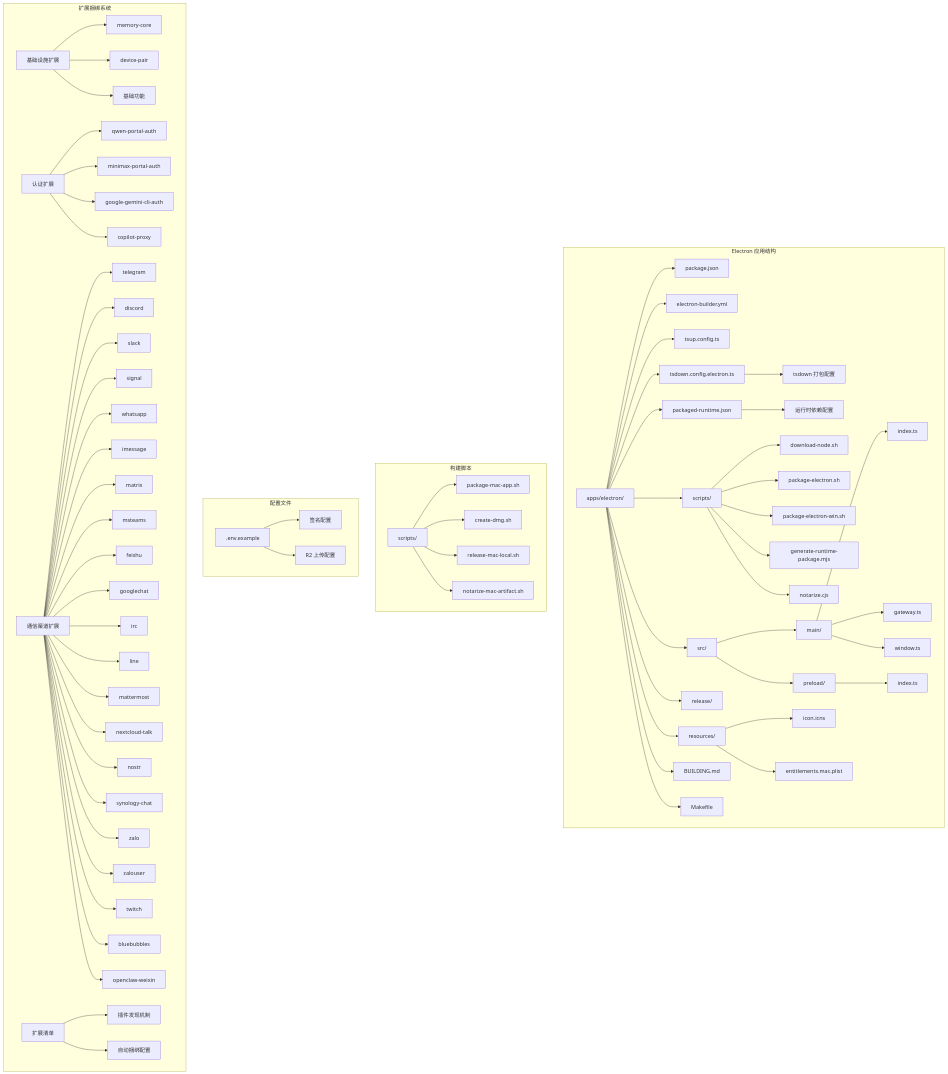
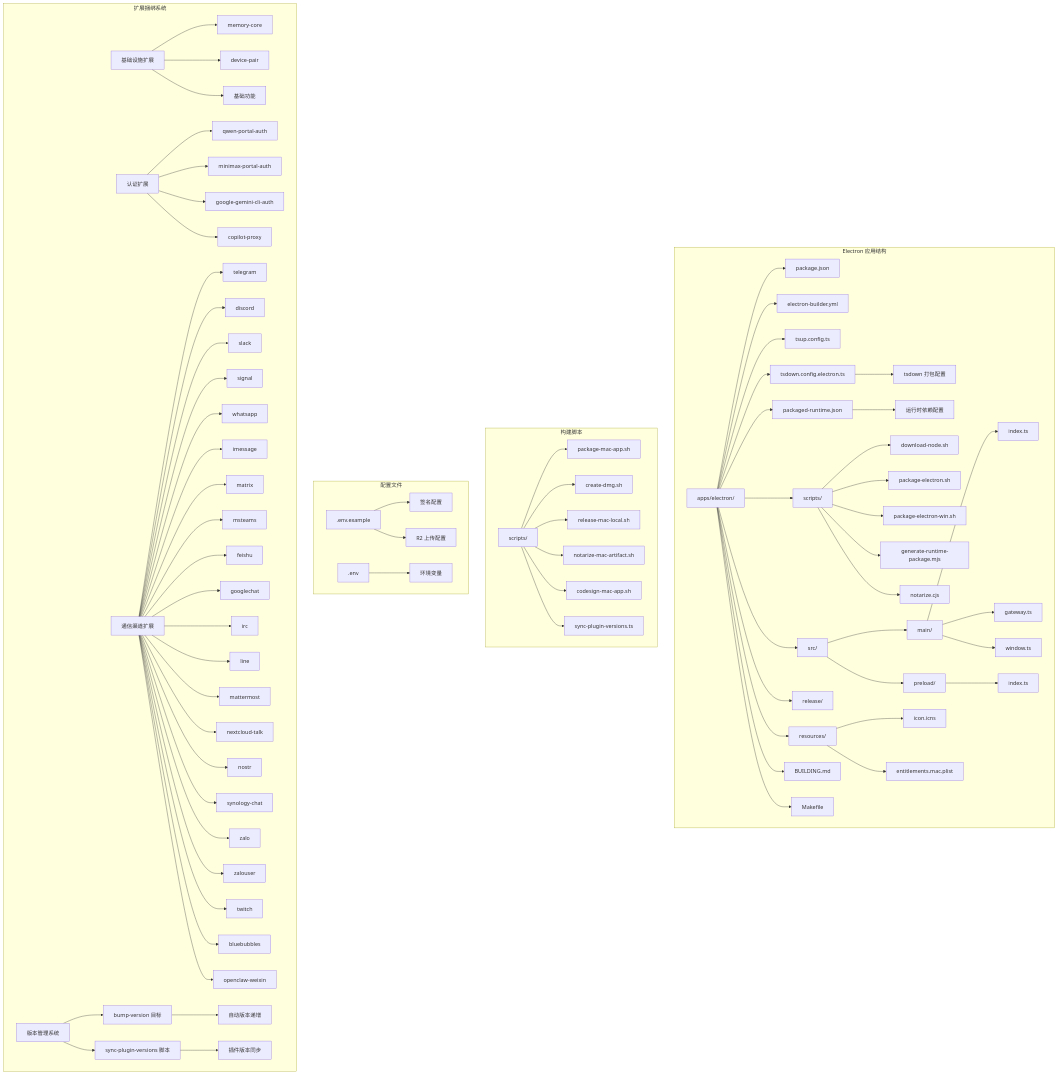
One commit to verse-ai-org/openclaw changed the first of 30 diagrams in .qoder/repowiki/zh/content/Electron Packaging Configuration.md. Above: the diagram before and after it, drawn with Mermaid. The commit also changed other lines of this file and 40 other files, not shown here.

````diff
--- a/.qoder/repowiki/zh/content/Electron Packaging Configuration.md
+++ b/.qoder/repowiki/zh/content/Electron Packaging Configuration.md
@@ -88,73 +103,78 @@
 ```mermaid
 graph TB
 subgraph "Electron 应用结构"
 A[apps/electron/] --> B[package.json]
 A --> C[electron-builder.yml]
 A --> D[tsup.config.ts]
 A --> E[tsdown.config.electron.ts]
 A --> F[packaged-runtime.json]
 A --> G[src/]
 A --> H[resources/]
 A --> I[release/]
 A --> J[scripts/]
 A --> K[BUILDING.md]
 A --> L[Makefile]
 E --> M[tsdown 打包配置]
 F --> N[运行时依赖配置]
 J --> O[download-node.sh]
 J --> P[package-electron.sh]
 J --> Q[package-electron-win.sh]
 J --> R[generate-runtime-package.mjs]
 J --> S[notarize.cjs]
 G --> T[main/]
 G --> U[preload/]
 T --> V[index.ts]
 T --> W[gateway.ts]
 T --> X[window.ts]
 U --> Y[index.ts]
 H --> Z[icon.icns]
 H --> AA[entitlements.mac.plist]
 end
 subgraph "构建脚本"
 AB[scripts/] --> AC[package-mac-app.sh]
 AB --> AD[create-dmg.sh]
 AB --> AE[release-mac-local.sh]
 AB --> AF[notarize-mac-artifact.sh]
+AB --> AG[codesign-mac-app.sh]
+AB --> AH[sync-plugin-versions.ts]
 end
 subgraph "配置文件"
-AG[.env.example] --> AH[签名配置]
-AG --> AI[R2 上传配置]
+AI[.env.example] --> AJ[签名配置]
+AI --> AK[R2 上传配置]
+AL[.env] --> AM[环境变量]
 end
 subgraph "扩展捆绑系统"
-AJ[基础设施扩展] --> AK[memory-core]
-AJ --> AL[device-pair]
-AJ --> AM[基础功能]
-AN[认证扩展] --> AO[qwen-portal-auth]
-AN --> AP[minimax-portal-auth]
-AN --> AQ[google-gemini-cli-auth]
-AN --> AR[copilot-proxy]
-AS[通信渠道扩展] --> AT[telegram]
-AS --> AU[discord]
-AS --> AV[slack]
-AS --> AW[signal]
-AS --> AX[whatsapp]
-AS --> AY[imessage]
-AS --> AZ[matrix]
-AS --> BA[msteams]
-AS --> BB[feishu]
-AS --> BC[googlechat]
-AS --> BD[irc]
-AS --> BE[line]
-AS --> BF[mattermost]
-AS --> BG[nextcloud-talk]
-AS --> BH[nostr]
-AS --> BI[synology-chat]
-AS --> BJ[zalo]
-AS --> BK[zalouser]
-AS --> BL[twitch]
-AS --> BM[bluebubbles]
-AS --> BN[openclaw-weixin]
-BV[扩展清单] --> BW[插件发现机制]
-BV --> BX[自动捆绑配置]
+AN[基础设施扩展] --> AO[memory-core]
+AN --> AP[device-pair]
+AN --> AQ[基础功能]
+AR[认证扩展] --> AS[qwen-portal-auth]
+AR --> AT[minimax-portal-auth]
+AR --> AU[google-gemini-cli-auth]
+AR --> AV[copilot-proxy]
+AW[通信渠道扩展] --> AX[telegram]
+AW --> AY[discord]
+AW --> AZ[slack]
+AW --> BA[signal]
+AW --> BB[whatsapp]
+AW --> BC[imessage]
+AW --> BD[matrix]
+AW --> BE[msteams]
+AW --> BF[feishu]
+AW --> BG[googlechat]
+AW --> BH[irc]
+AW --> BI[line]
+AW --> BJ[mattermost]
+AW --> BK[nextcloud-talk]
+AW --> BL[nostr]
+AW --> BM[synology-chat]
+AW --> BN[zalo]
+AW --> BO[zalouser]
+AW --> BP[twitch]
+AW --> BQ[bluebubbles]
+AW --> BR[openclaw-weixin]
+BS[版本管理系统] --> BT[bump-version 目标]
+BS --> BU[sync-plugin-versions 脚本]
+BT --> BV[自动版本递增]
+BU --> BW[插件版本同步]
 end
 ```
````
